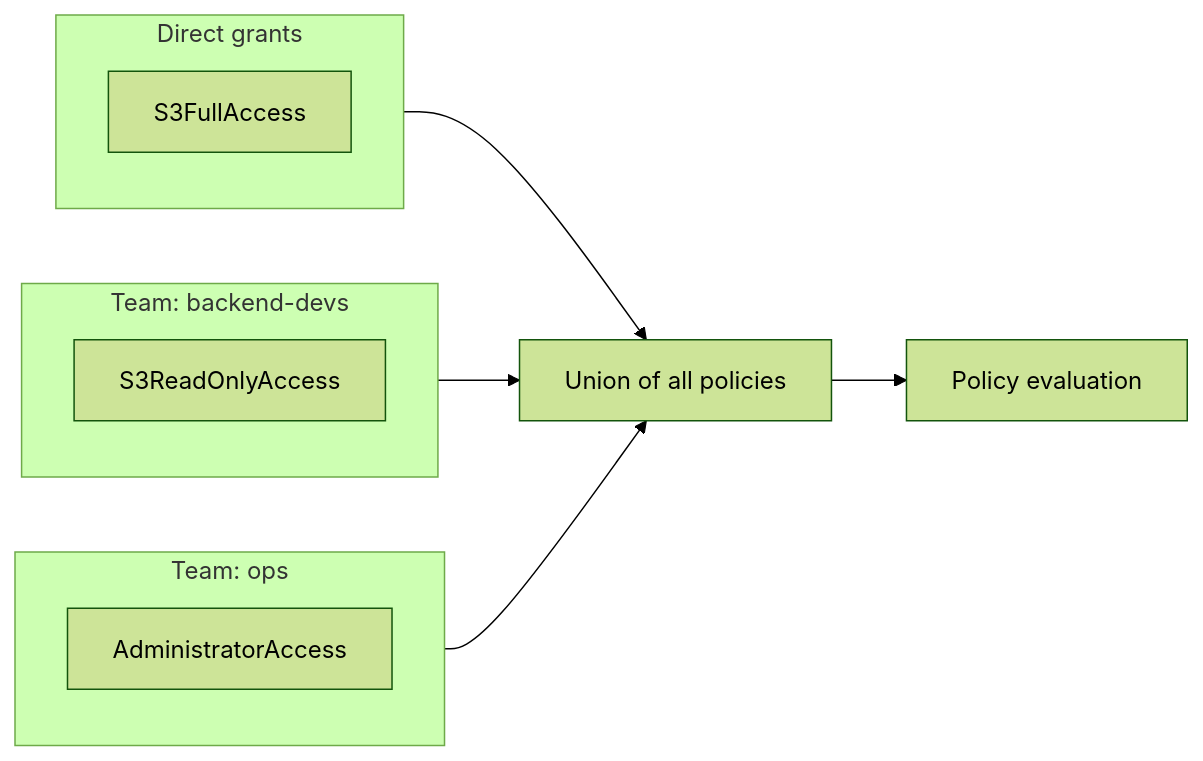
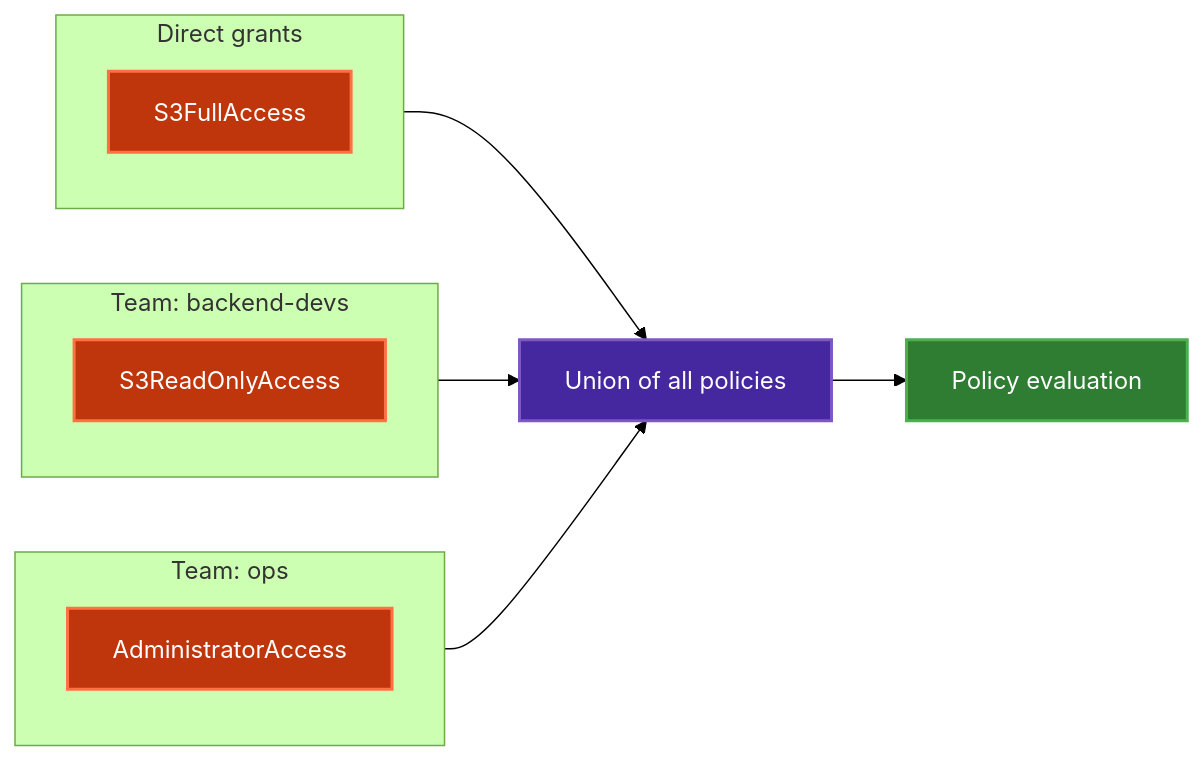
The third of 3 diagrams in documentation/docs/guide/access-control.md (dxc-technology/arca), drawn with Mermaid (forest theme) before and after one commit. The commit also changed other lines of this file and 26 other files, not shown here.

First line of the commit message:
Fix Mermaid diagram contrast in light/dark themes

````diff
--- a/documentation/docs/guide/access-control.md
+++ b/documentation/docs/guide/access-control.md
@@ -121,19 +127,25 @@
 ```mermaid
 flowchart LR
     subgraph DIRECT["Direct grants"]
         G1["S3FullAccess"]
     end
 
     subgraph TEAM_A["Team: backend-devs"]
         G2["S3ReadOnlyAccess"]
     end
 
     subgraph TEAM_B["Team: ops"]
         G3["AdministratorAccess"]
     end
 
     DIRECT --> UNION
     TEAM_A --> UNION
     TEAM_B --> UNION
     UNION["Union of all policies"] --> EVAL["Policy evaluation"]
+
+    style G1 fill:#bf360c,stroke:#ff7043,stroke-width:2px,color:#fff
+    style G2 fill:#bf360c,stroke:#ff7043,stroke-width:2px,color:#fff
+    style G3 fill:#bf360c,stroke:#ff7043,stroke-width:2px,color:#fff
+    style UNION fill:#4527a0,stroke:#7e57c2,stroke-width:2px,color:#fff
+    style EVAL fill:#2e7d32,stroke:#4caf50,stroke-width:2px,color:#fff
 ```
````
